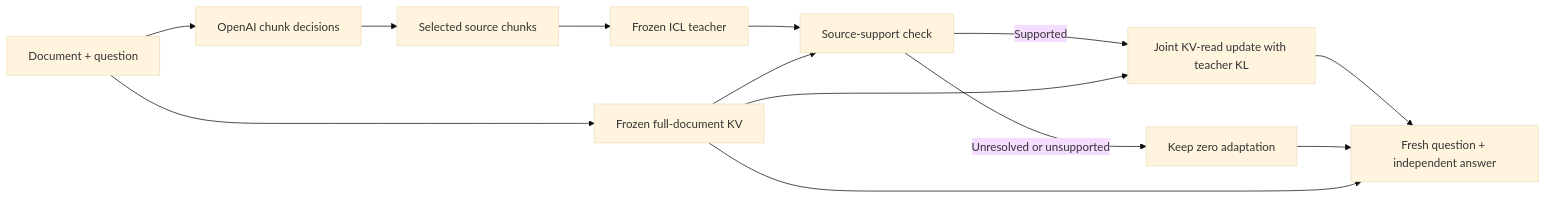
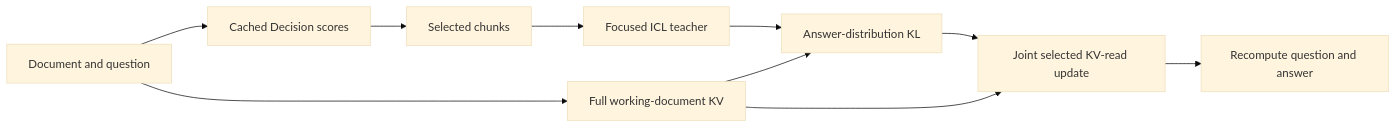
The diagram in README.md (XiangqiWang77/Masked-TTT), drawn with Mermaid (base theme) before and after one commit. The commit also changed other lines of this file and 27 other files, not shown here.

````diff
--- a/README.md
+++ b/README.md
@@ -14,15 +14,12 @@
 ```mermaid
 flowchart LR
-    D[Document + question] --> S[OpenAI chunk decisions]
-    S --> E[Selected source chunks]
-    E --> T[Frozen ICL teacher]
-    D --> C[Frozen full-document KV]
-    T --> J[Source-support check]
-    C --> J
-    J -->|Supported| U[Joint KV-read update with teacher KL]
-    J -->|Unresolved or unsupported| Z[Keep zero adaptation]
-    C --> U
-    U --> A[Fresh question + independent answer]
-    Z --> A
-    C --> A
+    D[Document and question] --> S[Cached Decision scores]
+    S --> E[Selected chunks]
+    E --> T[Focused ICL teacher]
+    D --> K[Full working-document KV]
+    T --> L[Answer-distribution KL]
+    K --> L
+    L --> U[Joint selected KV-read update]
+    K --> U
+    U --> A[Recompute question and answer]
 ```
````
